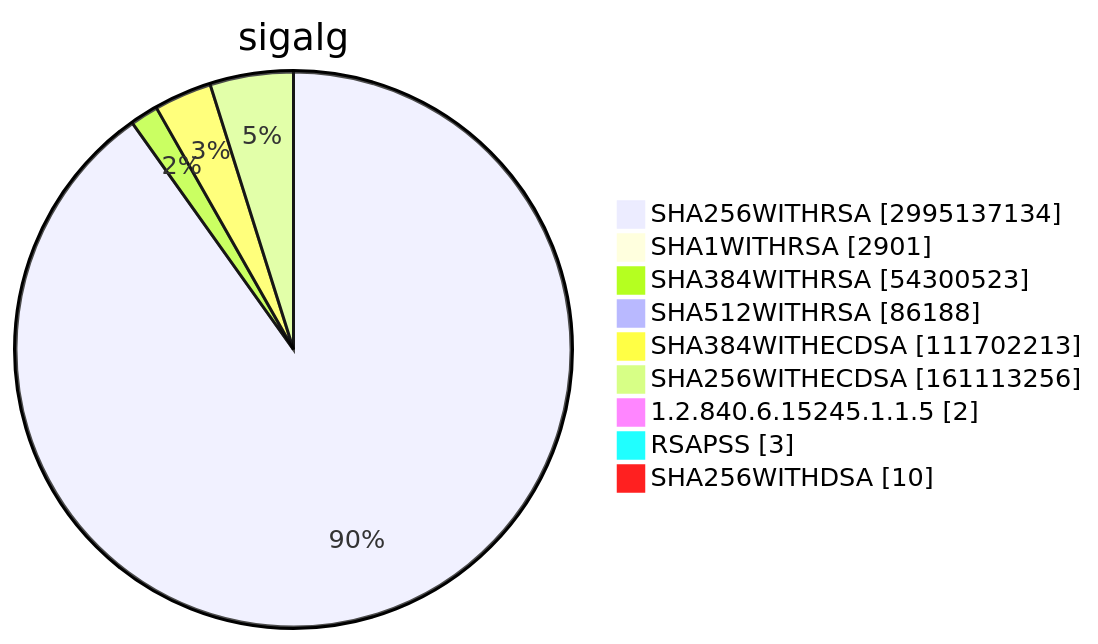
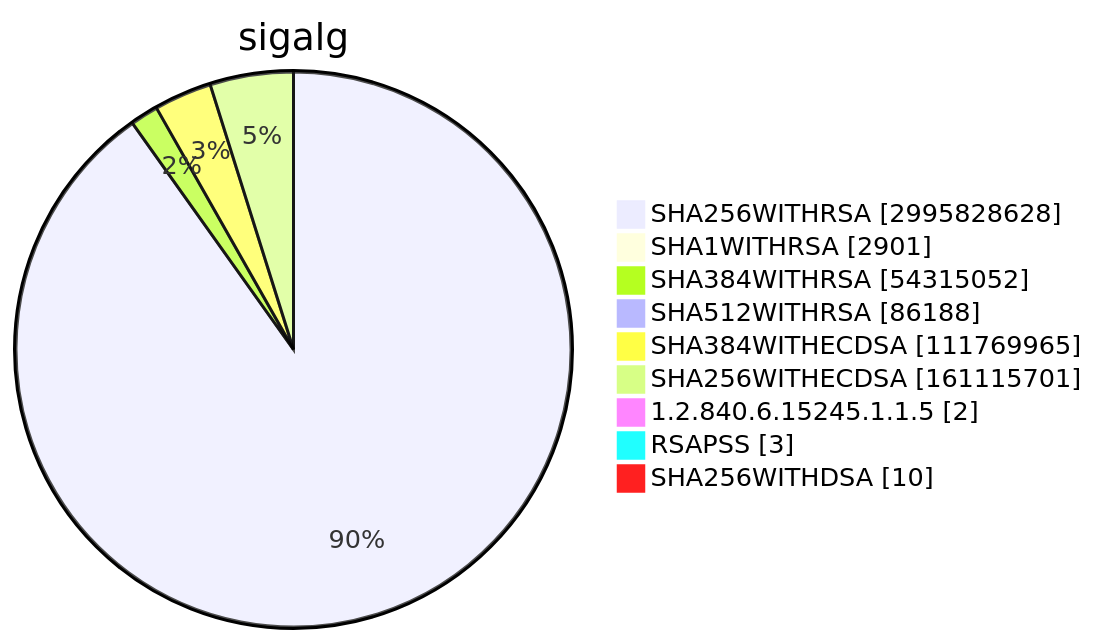
One commit to christiankrug/ctmonitor_visualization changed diagram 15 of 15 in TOTAL/README.md. Above: the diagram before and after it, drawn with Mermaid. The commit also changed other lines of this file, not shown here.

````diff
--- a/TOTAL/README.md
+++ b/TOTAL/README.md
@@ -6208,13 +6208,13 @@
 ```mermaid
 pie showData
 title sigalg
-"SHA256WITHRSA" :2995137134
+"SHA256WITHRSA" :2995828628
 "SHA1WITHRSA" :2901
-"SHA384WITHRSA" :54300523
+"SHA384WITHRSA" :54315052
 "SHA512WITHRSA" :86188
-"SHA384WITHECDSA" :111702213
-"SHA256WITHECDSA" :161113256
+"SHA384WITHECDSA" :111769965
+"SHA256WITHECDSA" :161115701
 "1.2.840.6.15245.1.1.5" :2
 "RSAPSS" :3
 "SHA256WITHDSA" :10
 ```
````
